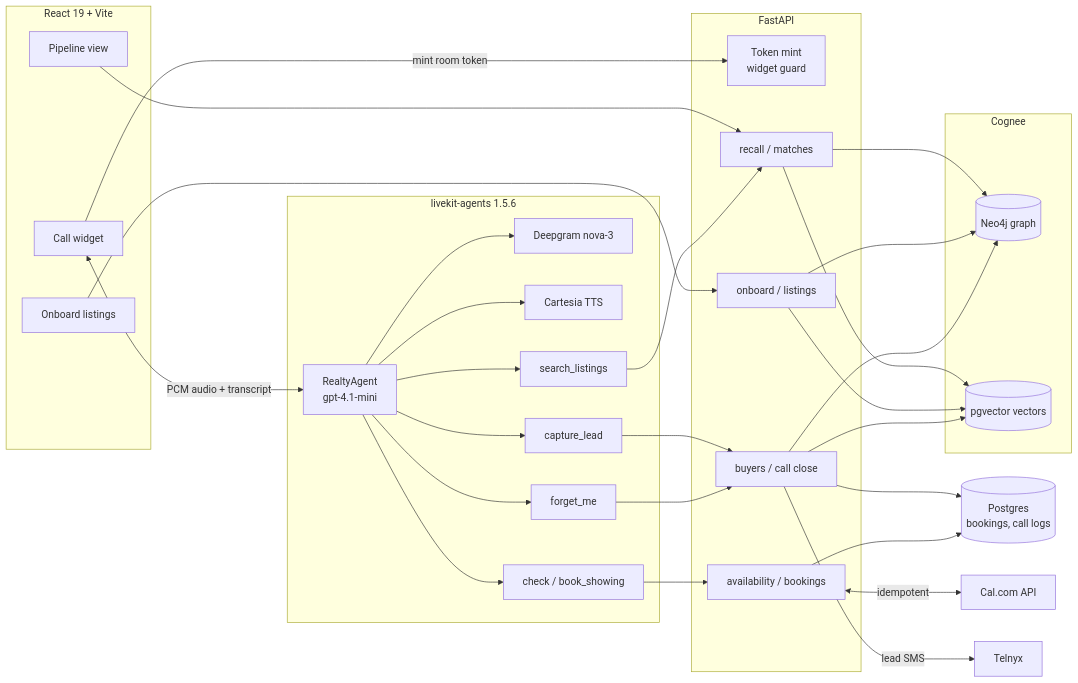
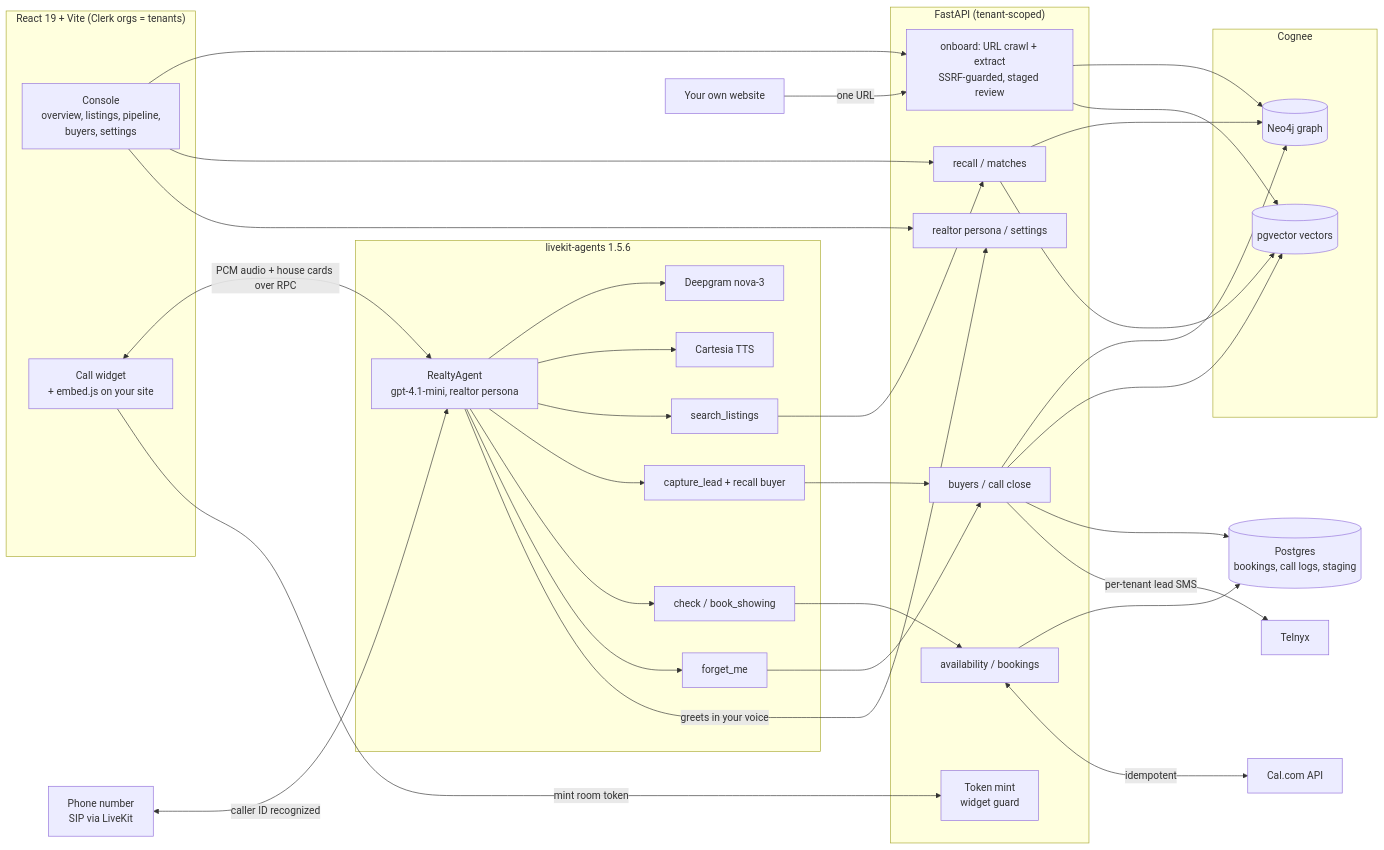
Before and after one commit to mahimairaja/RealtyRecall: the diagram in README.md, drawn with Mermaid. The commit also changed other lines of this file, not shown here.

````diff
--- a/README.md
+++ b/README.md
@@ -74,53 +77,58 @@
 ```mermaid
 flowchart LR
-    subgraph Client["React 19 + Vite"]
-        ONB[Onboard listings]
-        CALLUI[Call widget]
-        PIPE[Pipeline view]
+    subgraph Client["React 19 + Vite (Clerk orgs = tenants)"]
+        CONSOLE[Console<br/>overview, listings, pipeline,<br/>buyers, settings]
+        CALLUI[Call widget<br/>+ embed.js on your site]
     end
 
+    SITE[Your own website]
+    PSTN[Phone number<br/>SIP via LiveKit]
+
     subgraph Agent["livekit-agents 1.5.6"]
-        RA[RealtyAgent<br/>gpt-4.1-mini]
+        RA[RealtyAgent<br/>gpt-4.1-mini, realtor persona]
         STT[Deepgram nova-3]
         TTS[Cartesia TTS]
         T1[search_listings]
-        T2[capture_lead]
+        T2[capture_lead + recall buyer]
         T3[check / book_showing]
         T4[forget_me]
     end
 
-    subgraph Backend["FastAPI"]
+    subgraph Backend["FastAPI (tenant-scoped)"]
         TOK[Token mint<br/>widget guard]
+        CRAWL[onboard: URL crawl + extract<br/>SSRF-guarded, staged review]
         REC[recall / matches]
         BUY[buyers / call close]
         BOOK[availability / bookings]
-        ON[onboard / listings]
+        PERS[realtor persona / settings]
     end
 
     subgraph Memory["Cognee"]
         G[(Neo4j graph)]
         V[(pgvector vectors)]
     end
 
-    OPS[(Postgres<br/>bookings, call logs)]
+    OPS[(Postgres<br/>bookings, call logs, staging)]
     CAL[Cal.com API]
     SMS[Telnyx]
 
-    CALLUI <-->|PCM audio + transcript| RA
+    SITE -->|one URL| CRAWL
+    PSTN <-->|caller ID recognized| RA
+    CALLUI <-->|PCM audio + house cards over RPC| RA
     CALLUI -->|mint room token| TOK
-    PIPE --> REC
-    ONB --> ON
+    CONSOLE --> CRAWL & REC & PERS
     RA --> STT & TTS
     RA --> T1 & T2 & T3 & T4
+    RA -->|greets in your voice| PERS
     T1 --> REC
     T2 --> BUY
     T3 --> BOOK
     T4 --> BUY
     REC --> G & V
-    ON --> G & V
+    CRAWL --> G & V
     BUY --> G & V
     BUY --> OPS
     BOOK --> OPS
     BOOK <-->|idempotent| CAL
-    BUY -->|lead SMS| SMS
+    BUY -->|per-tenant lead SMS| SMS
 ```
````
